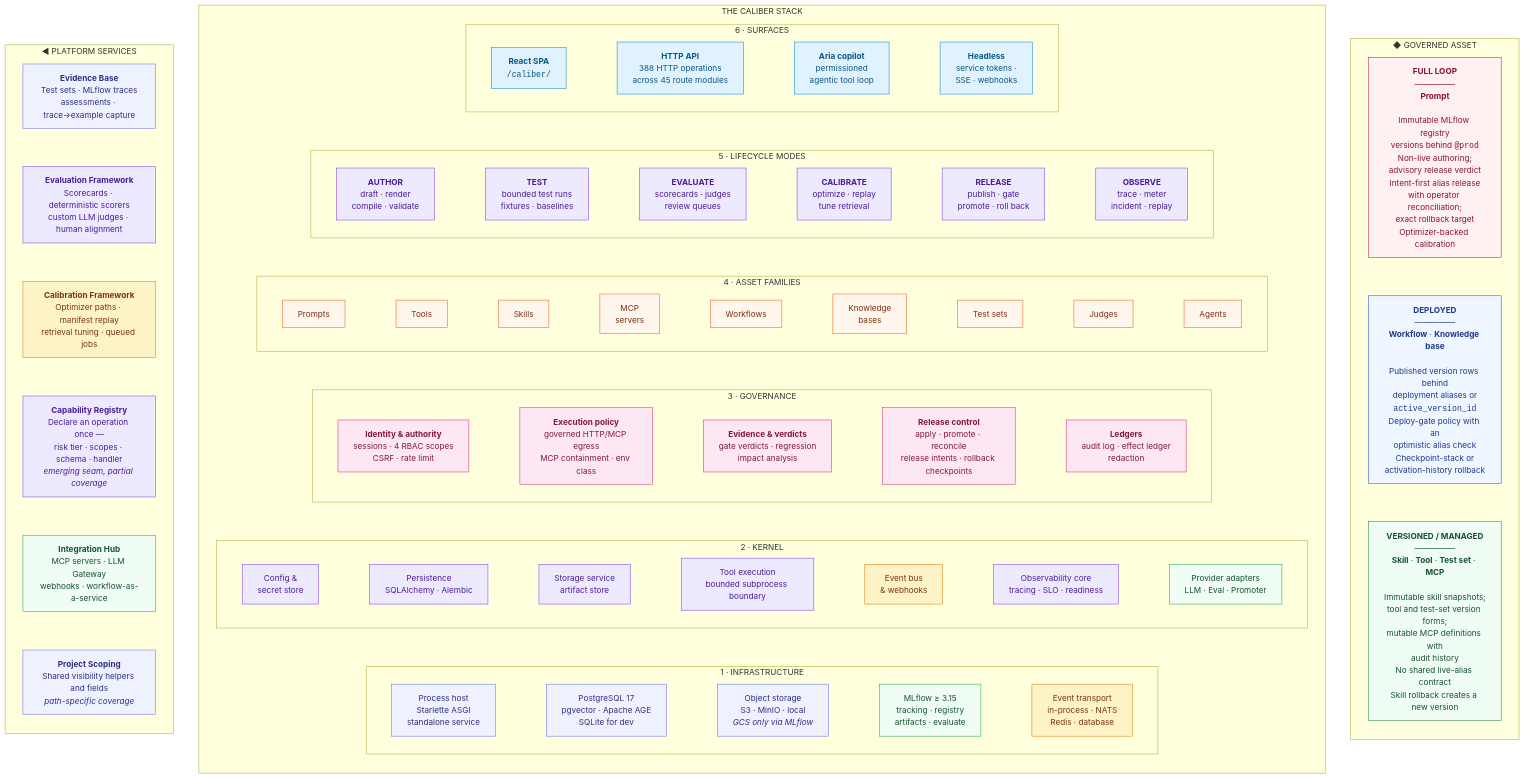
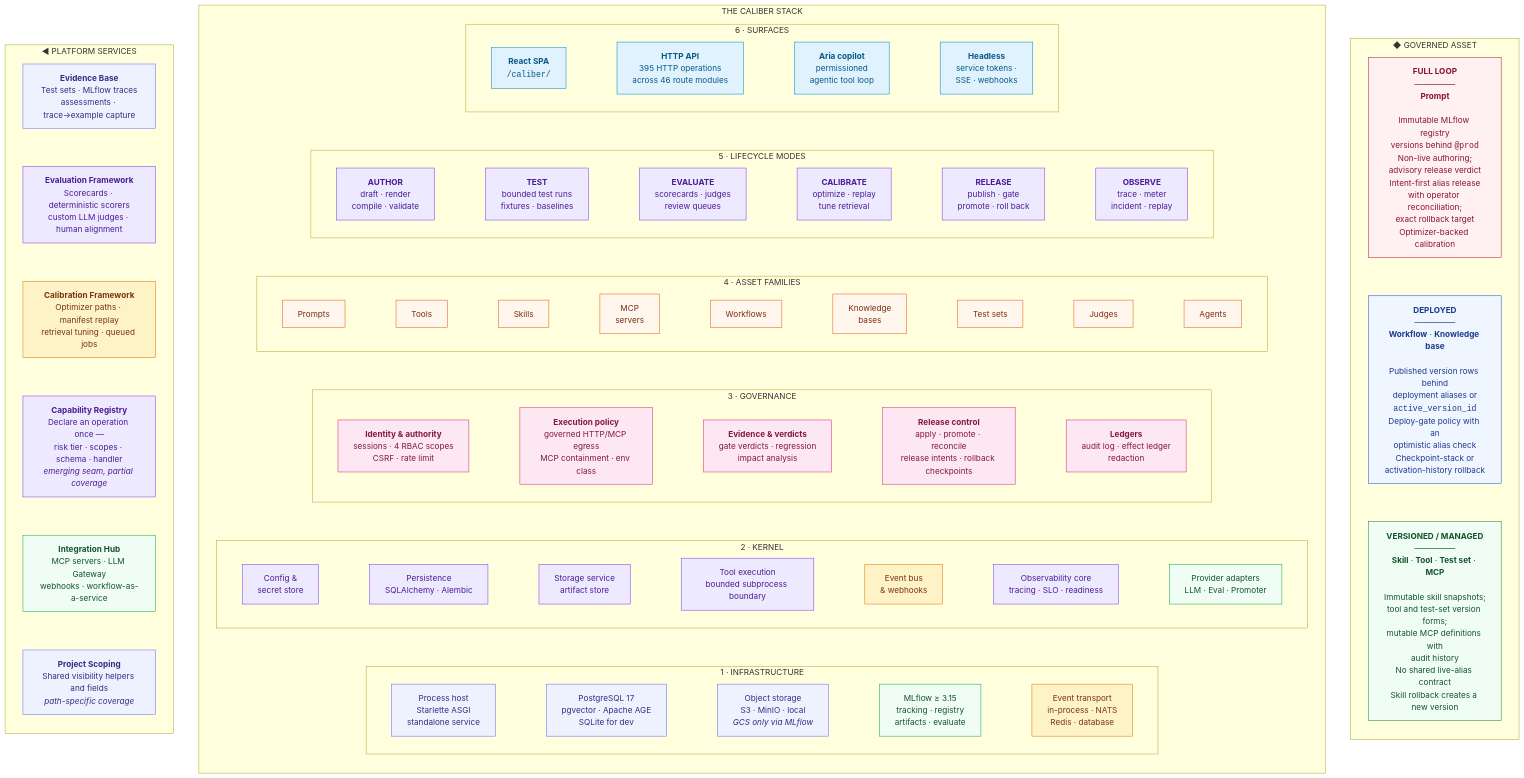
Before and after one commit to rrahimi-uci/caliber-suite: the first of 8 diagrams in ARCHITECTURE.md, drawn with Mermaid. The commit also changed other lines of this file and 52 other files, not shown here.

```diff
--- a/ARCHITECTURE.md
+++ b/ARCHITECTURE.md
@@ -105,7 +105,7 @@
     subgraph L6["6 · SURFACES"]
       direction LR
       s1["<b>React SPA</b><br/><code>/caliber/</code>"]:::ui
-      s2["<b>HTTP API</b><br/>388 HTTP operations<br/>across 45 route modules"]:::ui
+      s2["<b>HTTP API</b><br/>395 HTTP operations<br/>across 46 route modules"]:::ui
       s3["<b>Aria copilot</b><br/>permissioned<br/>agentic tool loop"]:::ui
       s4["<b>Headless</b><br/>service tokens ·<br/>SSE · webhooks"]:::ui
       s1 --- s2 --- s3 --- s4
```
